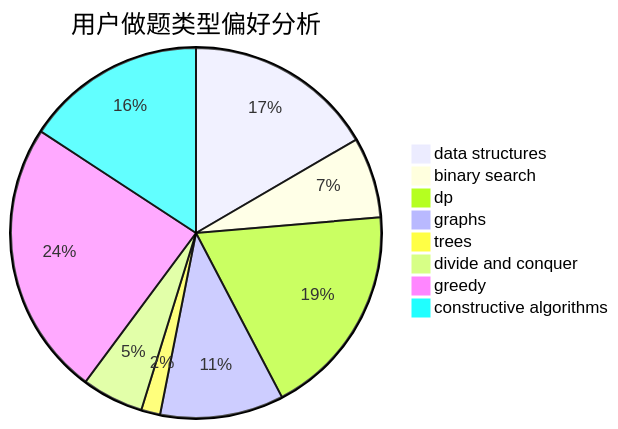
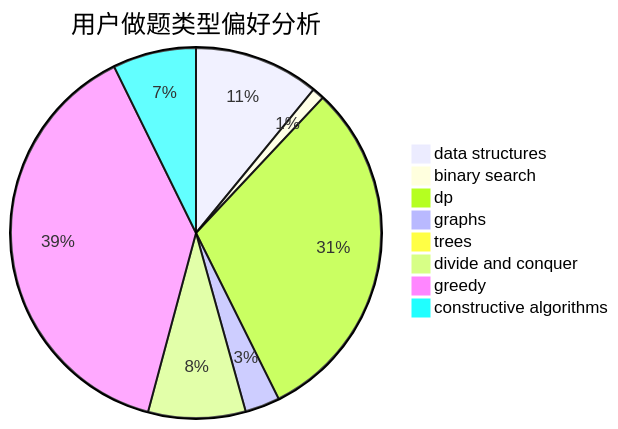
Before and after one commit to sherpahu/cfrs.github.io: the second of 3 diagrams in docs/user/u2185.md, drawn with Mermaid. The commit also changed other lines of this file and 2770 other files, not shown here.

````diff
--- a/docs/user/u2185.md
+++ b/docs/user/u2185.md
@@ -23,11 +23,11 @@
 ```mermaid
 pie title 用户做题类型偏好分析
-    "data structures" :  40
-    "binary search" :  17
-    "dp" :  45
-    "graphs" :  26
-    "trees" :  4
-    "divide and conquer" :  13
-    "greedy" :  58
-    "constructive algorithms" :  38
+    "data structures" :  72
+    "binary search" :  7
+    "dp" :  202
+    "graphs" :  20
+    "trees" :  0
+    "divide and conquer" :  56
+    "greedy" :  254
+    "constructive algorithms" :  48
 ```
````
